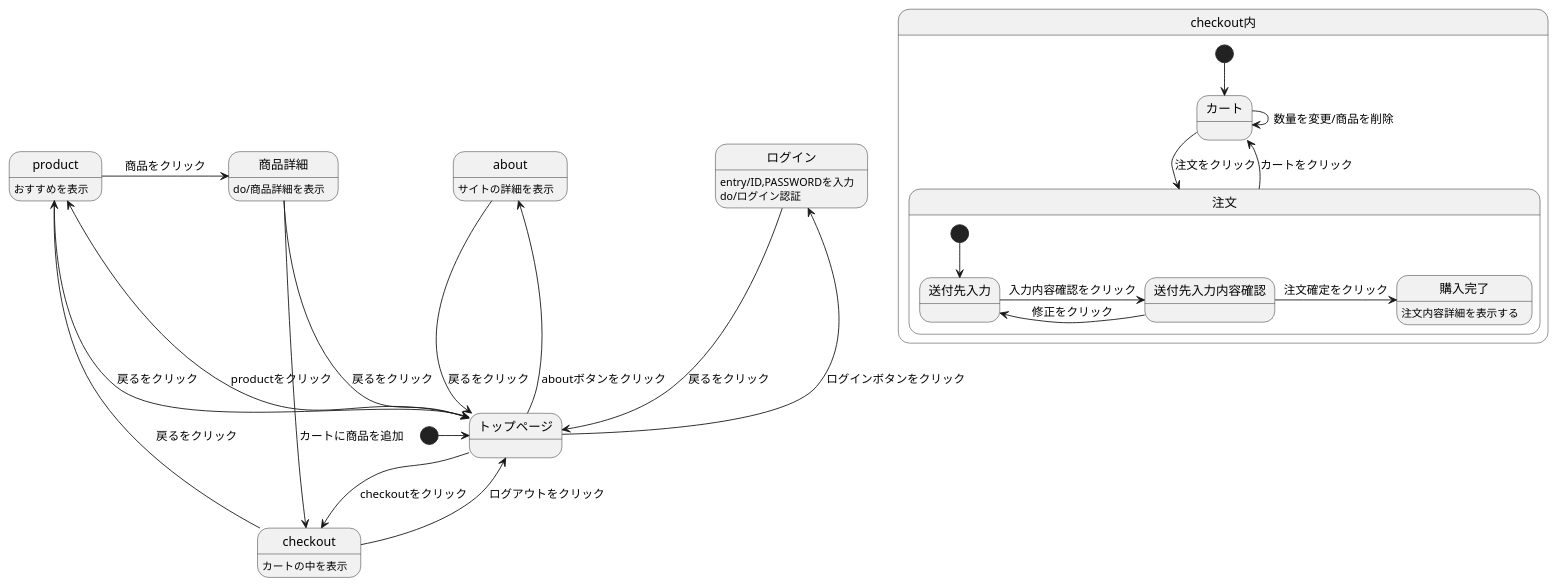
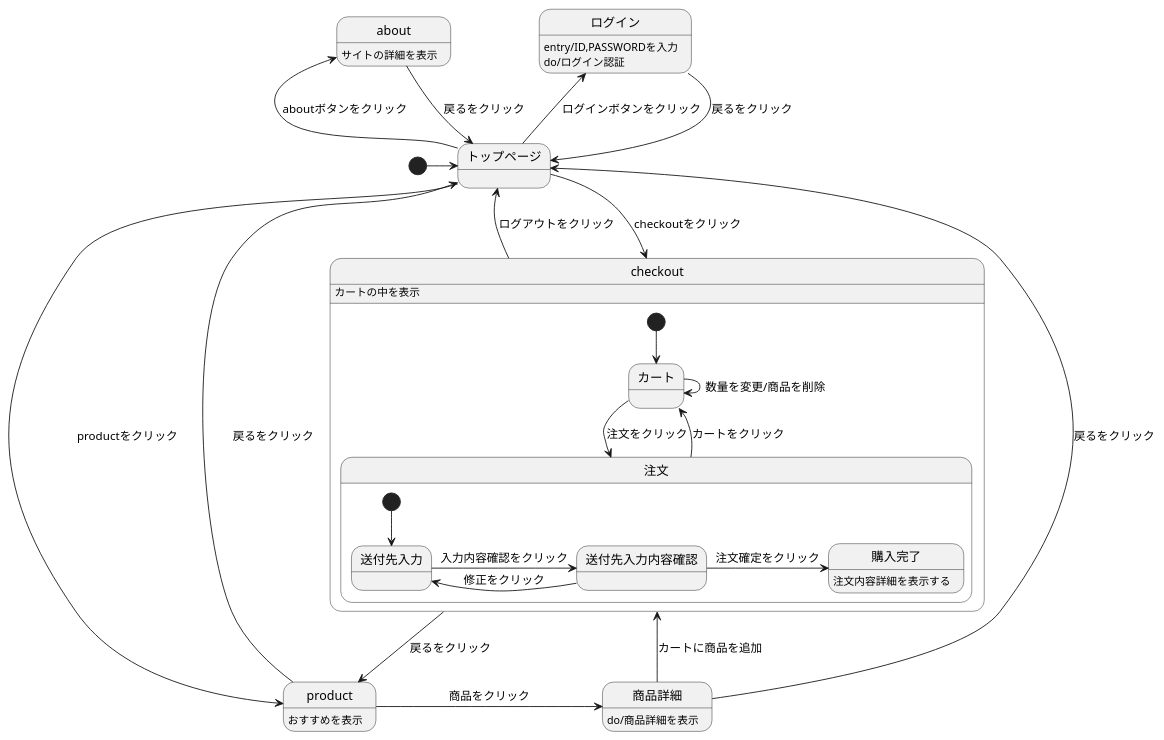
One commit to Aso2101121/2021sys-design-2 changed the diagram in modan.stw.md. Above: the diagram before and after it, drawn with PlantUML.

````diff
--- a/modan.stw.md
+++ b/modan.stw.md
@@ -1,38 +1,38 @@
 ```uml
 @startuml
 [*] -> トップページ
 トップページ -left-> ログイン : ログインボタンをクリック
 ログイン : entry/ID,PASSWORDを入力
 ログイン : do/ログイン認証
 ログイン --> トップページ : 戻るをクリック
 トップページ -left-> about : aboutボタンをクリック
 about : サイトの詳細を表示
 about --> トップページ : 戻るをクリック
 トップページ -> checkout : checkoutをクリック
 checkout : カートの中を表示
-checkout -up-> product : 戻るをクリック
-checkout -up-> トップページ : ログアウトをクリック
+checkout --> product : 戻るをクリック
+checkout --> トップページ : ログアウトをクリック
 トップページ -> product : productをクリック
 product : おすすめを表示
 product --> トップページ : 戻るをクリック
 product -> 商品詳細 : 商品をクリック
 商品詳細 : do/商品詳細を表示
 商品詳細 -> checkout : カートに商品を追加
 商品詳細 --> トップページ : 戻るをクリック
 
 
-state checkout内 {
+state checkout {
  [*] --> カート
  カート -> 注文 : 注文をクリック
  カート -> カート : 数量を変更/商品を削除
  注文 --> カート : カートをクリック
  state 注文 {
   [*] --> 送付先入力
   送付先入力 -> 送付先入力内容確認 : 入力内容確認をクリック
   送付先入力内容確認 -> 送付先入力 : 修正をクリック
   送付先入力内容確認 -> 購入完了 : 注文確定をクリック 
   購入完了 : 注文内容詳細を表示する
  }
 }
 @enduml
 ```
````
